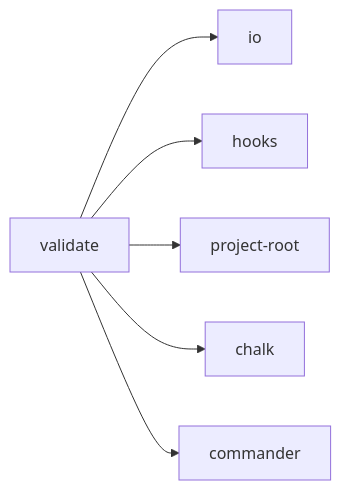
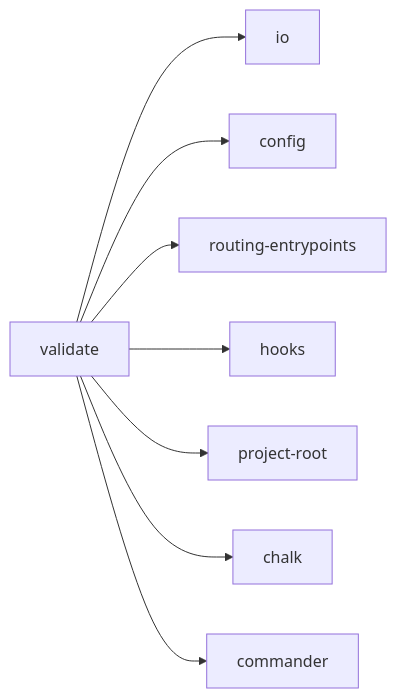
Before and after one commit to hellhellpnick/context-graph: the diagram in .cursor/rules/ctxgraph--src-cli-commands-validate.mdc, drawn with Mermaid. The commit also changed other lines of this file and 274 other files, not shown here.

````diff
--- a/.cursor/rules/ctxgraph--src-cli-commands-validate.mdc
+++ b/.cursor/rules/ctxgraph--src-cli-commands-validate.mdc
@@ -14,9 +14,11 @@
 ```mermaid
 graph LR
   validate[validate]
   validate --> io[io]
+  validate --> config[config]
+  validate --> routing_entrypoints[routing-entrypoints]
   validate --> hooks[hooks]
   validate --> project_root[project-root]
   validate --> chalk["chalk"]
   validate --> commander["commander"]
 ```
````
